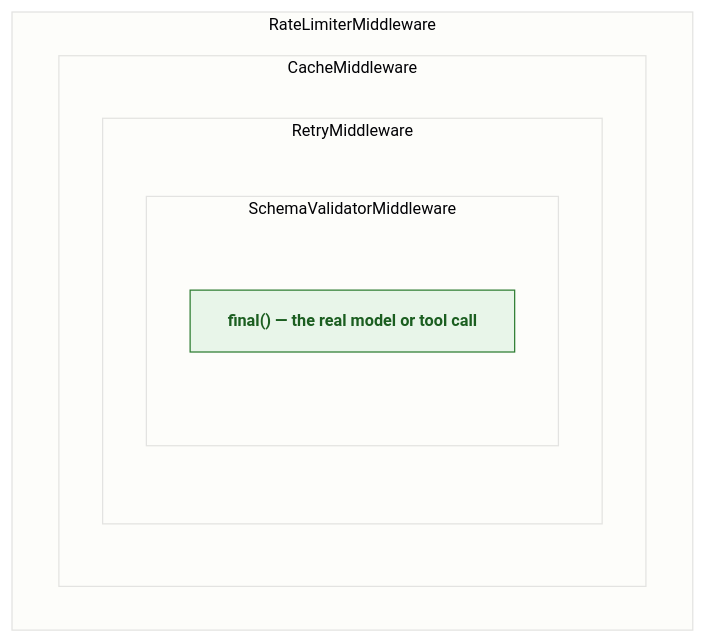
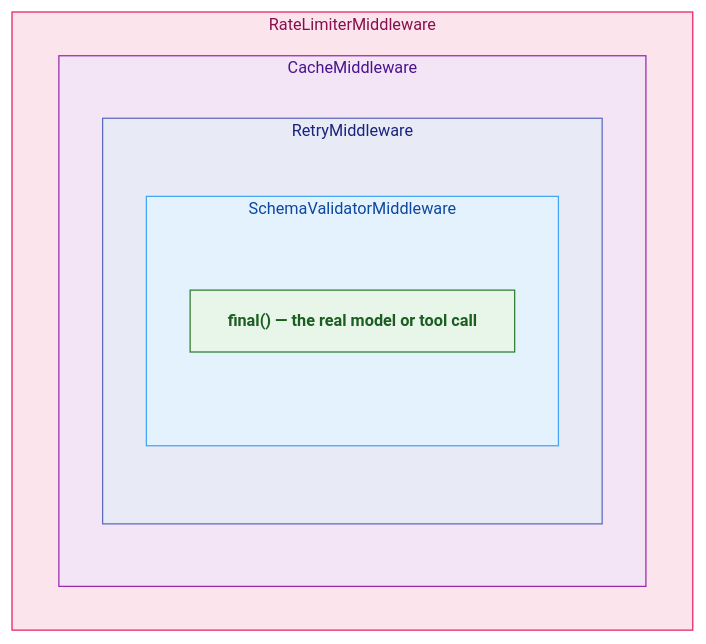
One commit to Ravikumarchavva/agent-substrate changed the first of 5 diagrams in agents/agent-substrate/docs/agents/05-middleware-and-guardrails.md. Above: the diagram before and after it, drawn with Mermaid. The commit also changed other lines of this file and 13 other files, not shown here.

Commit message:
style: enhance diagram aesthetics with color coding and improve Mermaid integration

````diff
--- a/agents/agent-substrate/docs/agents/05-middleware-and-guardrails.md
+++ b/agents/agent-substrate/docs/agents/05-middleware-and-guardrails.md
@@ -43,16 +43,21 @@
 ```mermaid
 %%{init: {'theme': 'base', 'themeVariables': {'primaryColor': '#E8EAF6','primaryTextColor': '#1A237E','primaryBorderColor': '#3949AB','lineColor': '#546E7A','fontSize': '13px'}}}%%
 graph TB
     classDef mw   fill:#E8EAF6,stroke:#3949AB,color:#1A237E,font-weight:bold
     classDef core fill:#E8F5E9,stroke:#2E7D32,color:#1B5E20,font-weight:bold
 
     subgraph M1["RateLimiterMiddleware"]
         subgraph M2["CacheMiddleware"]
             subgraph M3["RetryMiddleware"]
                 subgraph M4["SchemaValidatorMiddleware"]
                     CORE["final() — the real model or tool call"]:::core
                 end
             end
         end
     end
+
+    style M1 fill:#fce4ec,stroke:#e91e63,color:#880e4f
+    style M2 fill:#f3e5f5,stroke:#9c27b0,color:#4a148c
+    style M3 fill:#e8eaf6,stroke:#5c6bc0,color:#1a237e
+    style M4 fill:#e3f2fd,stroke:#42a5f5,color:#0d47a1
 ```
````
